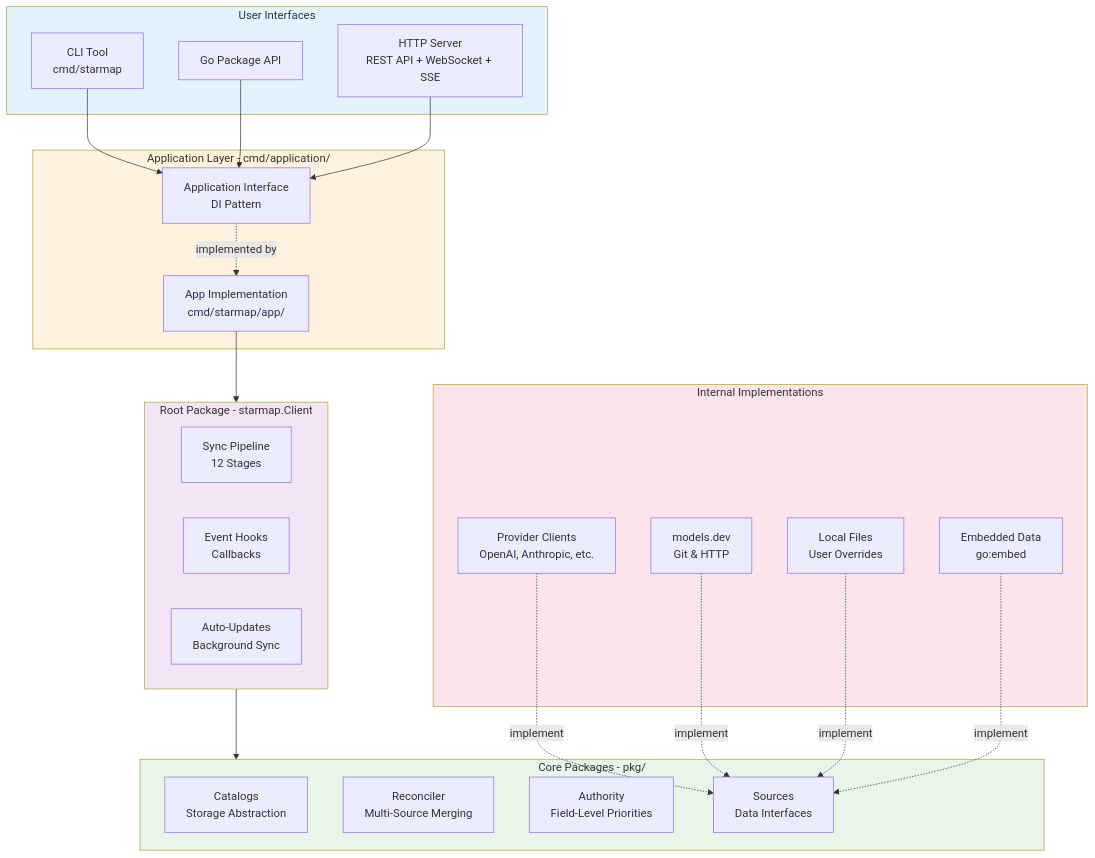
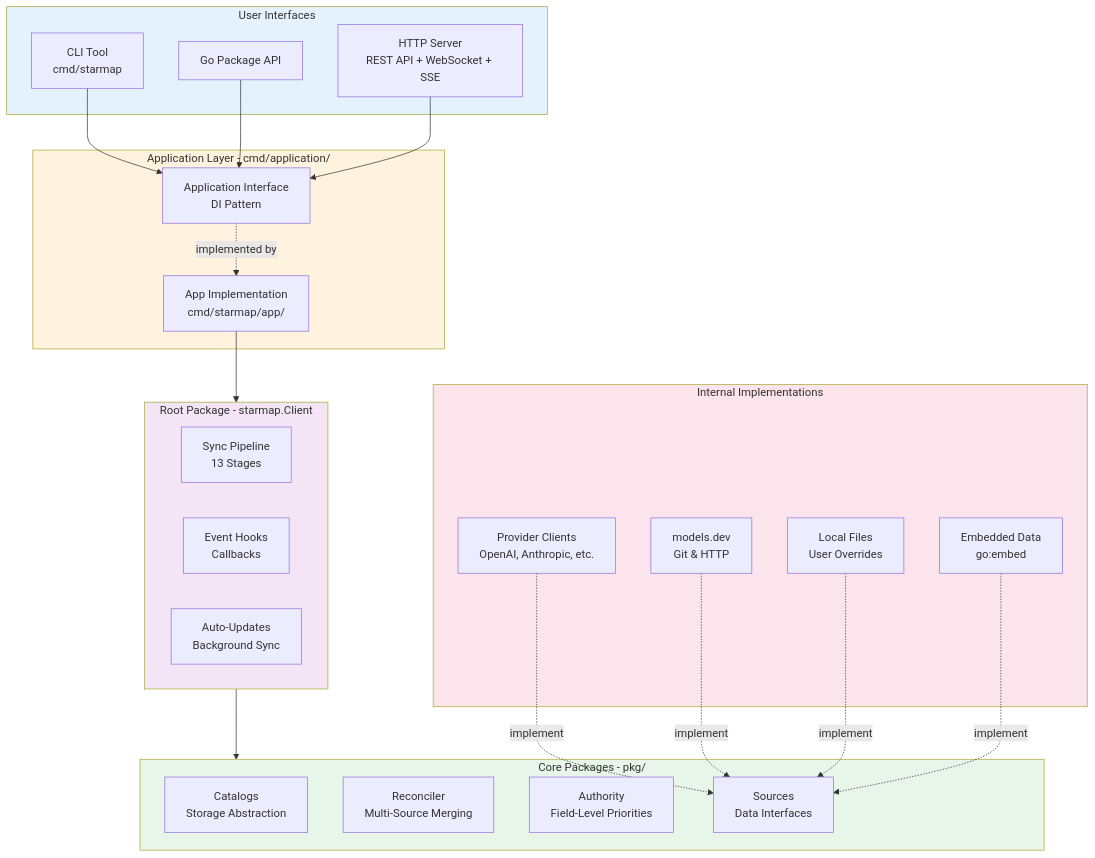
The first of 8 diagrams in docs/ARCHITECTURE.md (agentstation/starmap), drawn with Mermaid before and after one commit. The commit also changed other lines of this file and 53 other files, not shown here.

````diff
--- a/docs/ARCHITECTURE.md
+++ b/docs/ARCHITECTURE.md
@@ -35,47 +35,47 @@
 ```mermaid
 graph TB
     subgraph UI["User Interfaces"]
         CLI[CLI Tool<br/>cmd/starmap]
         GO[Go Package API]
         HTTP[HTTP Server<br/>REST API + WebSocket + SSE]
     end
 
     subgraph APP["Application Layer - cmd/application/"]
         APPIF[Application Interface<br/>DI Pattern]
         APPIMPL[App Implementation<br/>cmd/starmap/app/]
     end
 
     subgraph ROOT["Root Package - starmap.Client"]
-        SYNC[Sync Pipeline<br/>12 Stages]
+        SYNC[Sync Pipeline<br/>13 Stages]
         HOOKS[Event Hooks<br/>Callbacks]
         AUTO[Auto-Updates<br/>Background Sync]
     end
 
     subgraph CORE["Core Packages - pkg/"]
         CAT[Catalogs<br/>Storage Abstraction]
         REC[Reconciler<br/>Multi-Source Merging]
         AUTH[Authority<br/>Field-Level Priorities]
         SOURCES[Sources<br/>Data Interfaces]
     end
 
     subgraph IMPL["Internal Implementations"]
         EMBED[Embedded Data<br/>go:embed]
         PROVS[Provider Clients<br/>OpenAI, Anthropic, etc.]
         MODELS[models.dev<br/>Git & HTTP]
         LOCAL[Local Files<br/>User Overrides]
     end
 
     CLI --> APPIF
     GO --> APPIF
     HTTP --> APPIF
     APPIF -.implemented by.-> APPIMPL
     APPIMPL --> ROOT
     ROOT --> CORE
     PROVS & MODELS & LOCAL & EMBED -.implement.-> SOURCES
 
     style UI fill:#e3f2fd
     style APP fill:#fff3e0
     style ROOT fill:#f3e5f5
     style CORE fill:#e8f5e9
     style IMPL fill:#fce4ec
 ```
````
